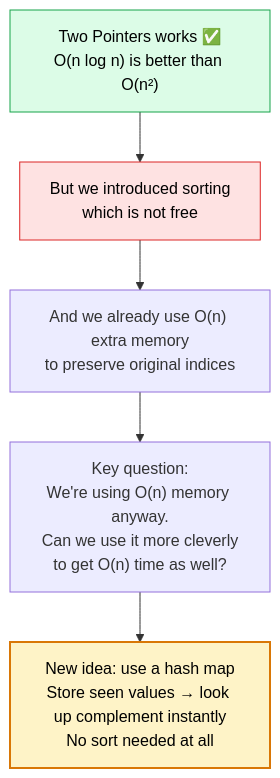
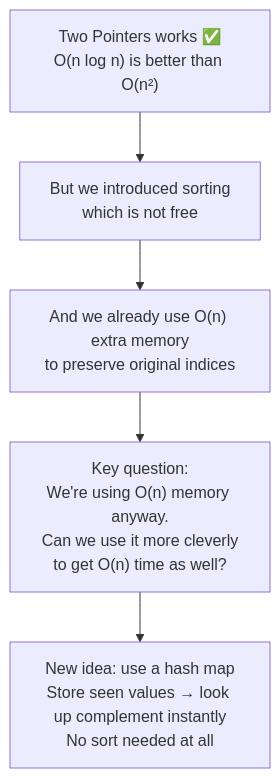
Before and after one commit to M-F-Tushar/LeetCode-Problem-Solving: the ninth of 12 diagrams in 01 - Two Sum/README.md, drawn with Mermaid. The commit also changed other lines of this file and 6 other files, not shown here.

Commit message:
added 06 - Is Subsequence, 07 - Longest Consecutive Sequence

````diff
--- a/01 - Two Sum/README.md
+++ b/01 - Two Sum/README.md
@@ -313,11 +309,8 @@
 ```mermaid
 flowchart TD
     A["Two Pointers works ✅\nO(n log n) is better than O(n²)"] --> B["But we introduced sorting\nwhich is not free"]
     B --> C["And we already use O(n) extra memory\nto preserve original indices"]
     C --> D["Key question:\nWe're using O(n) memory anyway.\nCan we use it more cleverly\nto get O(n) time as well?"]
     D --> E["New idea: use a hash map\nStore seen values → look up complement instantly\nNo sort needed at all"]
 
-    style A fill:#dcfce7,stroke:#16a34a,color:#000000
-    style B fill:#fee2e2,stroke:#dc2626,color:#000000
-    style E fill:#fef3c7,stroke:#d97706,stroke-width:2px,color:#000000
 ```
````
